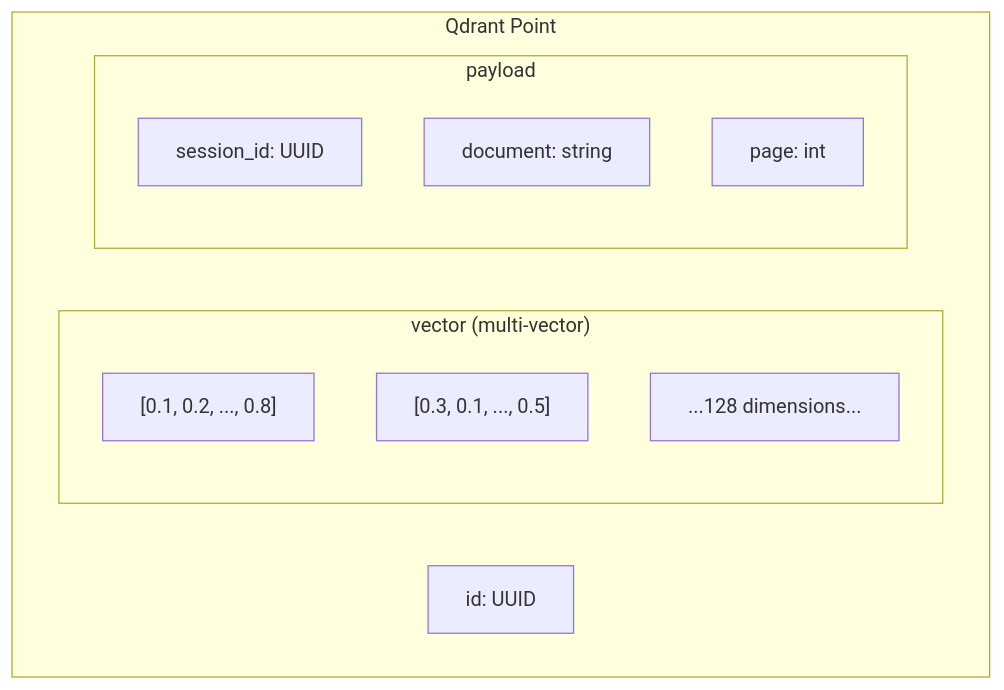
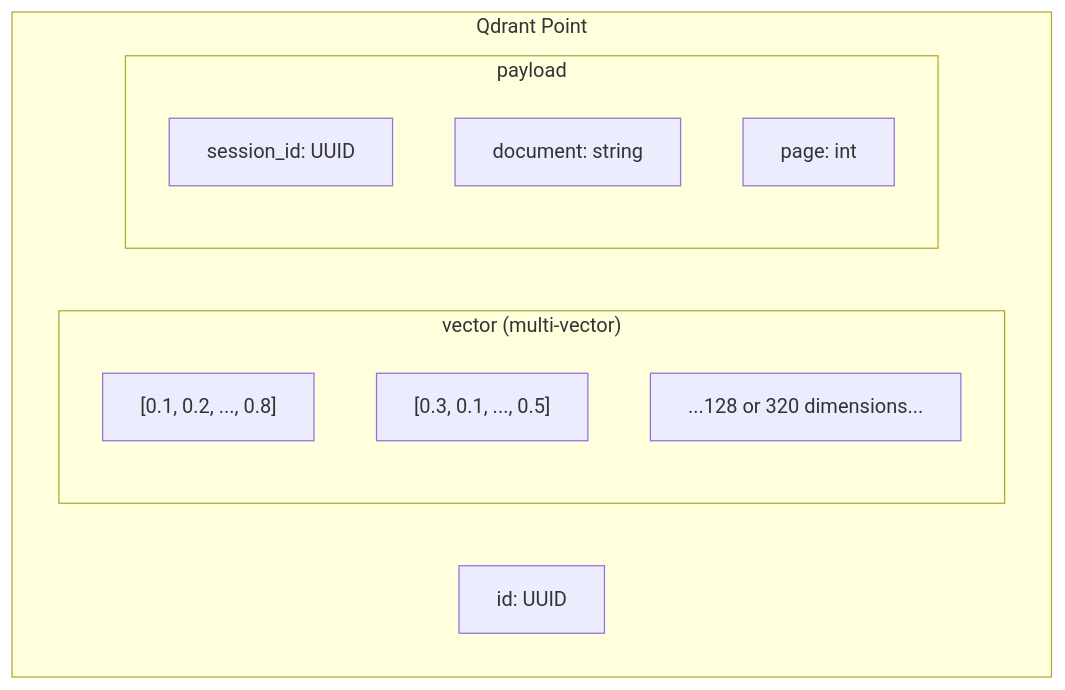
One commit to akosgintl/colpali-rag-app changed the fourth of 10 diagrams in docs/data-flow.md. Above: the diagram before and after it, drawn with Mermaid. The commit also changed other lines of this file and 84 other files, not shown here.

````diff
--- a/docs/data-flow.md
+++ b/docs/data-flow.md
@@ -123,16 +135,16 @@
 ```mermaid
 graph TD
     subgraph Point["Qdrant Point"]
         ID["id: UUID"]
         subgraph Vector["vector (multi-vector)"]
             V1["[0.1, 0.2, ..., 0.8]"]
             V2["[0.3, 0.1, ..., 0.5]"]
-            VN["...128 dimensions..."]
+            VN["...128 or 320 dimensions..."]
         end
         subgraph Payload["payload"]
             SID["session_id: UUID"]
             DOC["document: string"]
             PAGE["page: int"]
         end
     end
 ```
````
